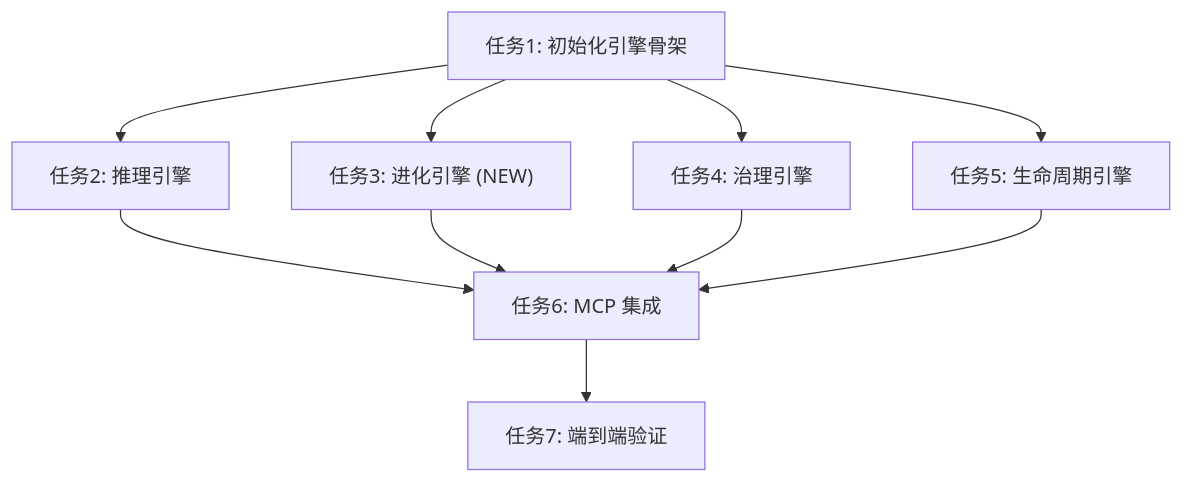
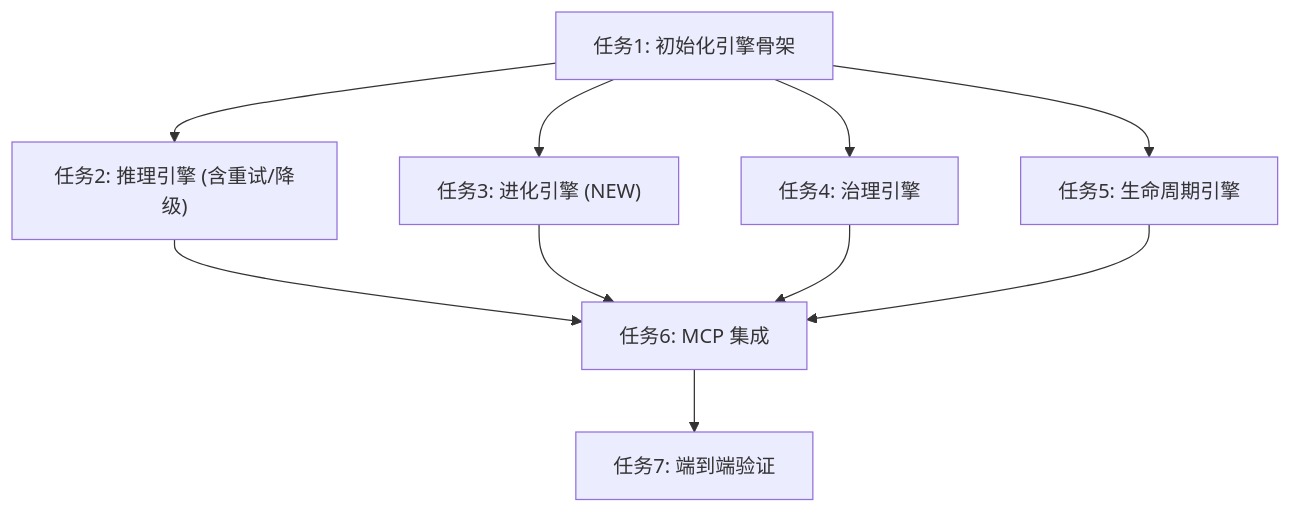
The diagram in docs/GetInRAGFlow/03_Atomize/TASK_GetInRAGFlow.md (demo112/Try_make_mcp), drawn with Mermaid before and after one commit. The commit also changed other lines of this file and 40 other files, not shown here.

````diff
--- a/docs/GetInRAGFlow/03_Atomize/TASK_GetInRAGFlow.md
+++ b/docs/GetInRAGFlow/03_Atomize/TASK_GetInRAGFlow.md
@@ -5,12 +5,12 @@
 ```mermaid
 graph TD
-    T1["任务1: 初始化引擎骨架"] --> T2["任务2: 推理引擎"]
+    T1["任务1: 初始化引擎骨架"] --> T2["任务2: 推理引擎 (含重试/降级)"]
     T1 --> T3["任务3: 进化引擎 (NEW)"]
     T1 --> T4["任务4: 治理引擎"]
     T1 --> T5["任务5: 生命周期引擎"]
     T2 --> T6["任务6: MCP 集成"]
     T3 --> T6
     T4 --> T6
     T5 --> T6
     T6 --> T7["任务7: 端到端验证"]
 ```
````
